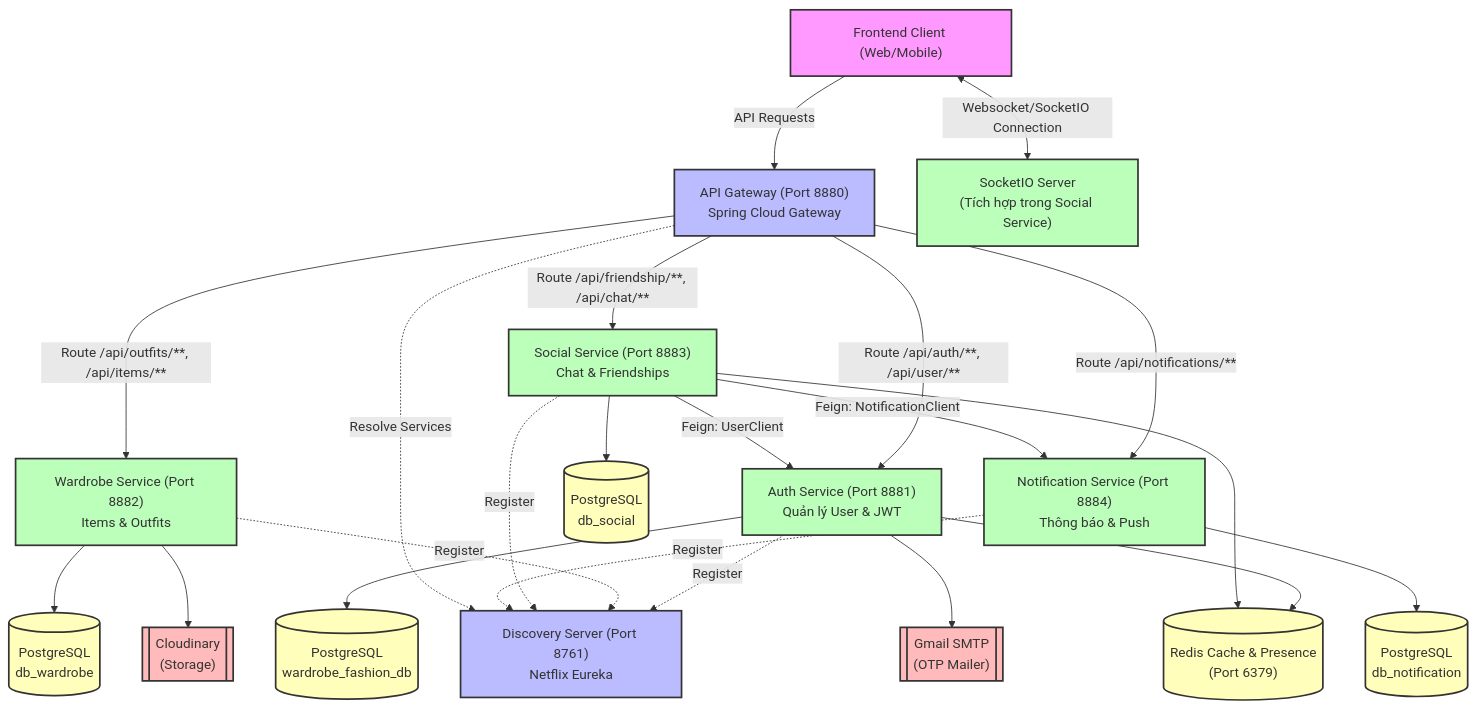
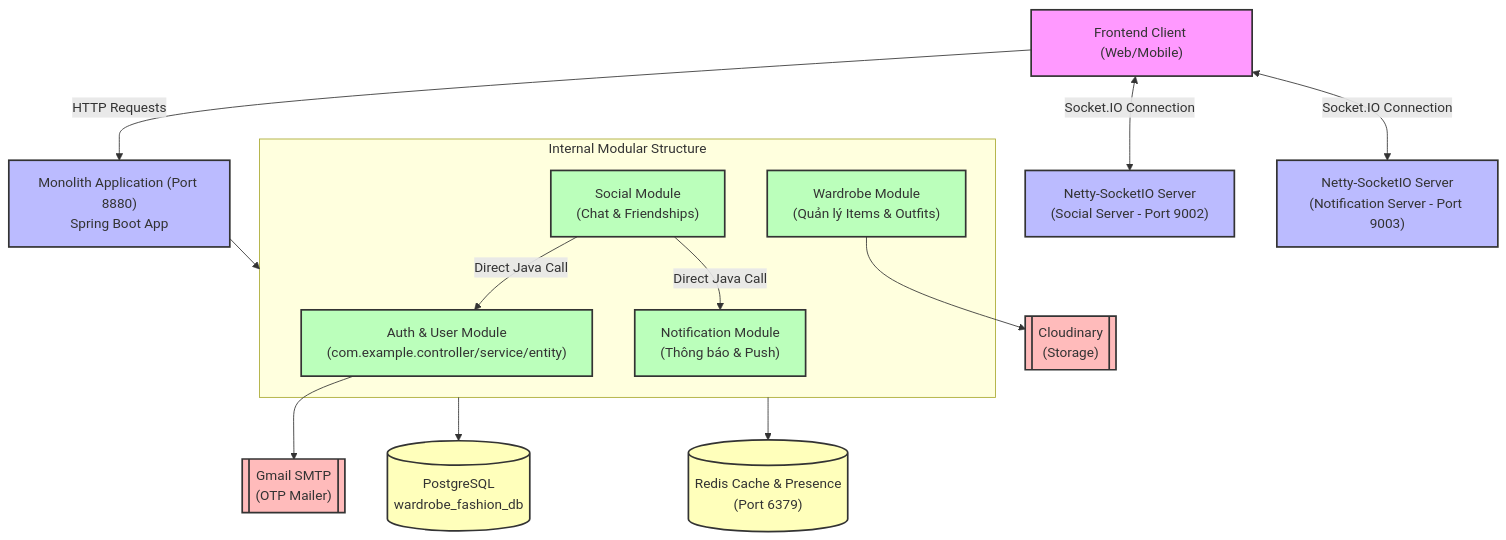
Before and after one commit to nghiaMeo/fashion-outfit-suggestions-application: the first of 5 diagrams in wardrobe-services/he_thong_va_luong_du_lieu.md, drawn with Mermaid. The commit also changed other lines of this file, not shown here.

````diff
--- a/wardrobe-services/he_thong_va_luong_du_lieu.md
+++ b/wardrobe-services/he_thong_va_luong_du_lieu.md
@@ -13,57 +13,45 @@
 ```mermaid
 graph TD
     classDef client fill:#f9f,stroke:#333,stroke-width:2px;
-    classDef gateway fill:#bbf,stroke:#333,stroke-width:2px;
-    classDef service fill:#bfb,stroke:#333,stroke-width:2px;
+    classDef monolith fill:#bbf,stroke:#333,stroke-width:2px;
+    classDef module fill:#bfb,stroke:#333,stroke-width:2px;
     classDef database fill:#ffb,stroke:#333,stroke-width:2px;
     classDef external fill:#fbb,stroke:#333,stroke-width:2px;
 
     Client["Frontend Client (Web/Mobile)"]:::client
-    Gateway["API Gateway (Port 8880)\nSpring Cloud Gateway"]:::gateway
-    Eureka["Discovery Server (Port 8761)\nNetflix Eureka"]:::gateway
+    MonolithApp["Monolith Application (Port 8880)\nSpring Boot App"]:::monolith
 
-    AuthSvc["Auth Service (Port 8881)\nQuản lý User & JWT"]:::service
-    WardrobeSvc["Wardrobe Service (Port 8882)\nItems & Outfits"]:::service
-    SocialSvc["Social Service (Port 8883)\nChat & Friendships"]:::service
-    NotificationSvc["Notification Service (Port 8884)\nThông báo & Push"]:::service
+    %% Internal Modules
+    subgraph Modules [Internal Modular Structure]
+        AuthMod["Auth & User Module\n(com.example.controller/service/entity)"]:::module
+        WardrobeMod["Wardrobe Module\n(Quản lý Items & Outfits)"]:::module
+        SocialMod["Social Module\n(Chat & Friendships)"]:::module
+        NotificationMod["Notification Module\n(Thông báo & Push)"]:::module
+    end
 
-    DB_Auth[("PostgreSQL\nwardrobe_fashion_db")]:::database
-    DB_Wardrobe[("PostgreSQL\ndb_wardrobe")]:::database
-    DB_Social[("PostgreSQL\ndb_social")]:::database
-    DB_Notif[("PostgreSQL\ndb_notification")]:::database
-
+    %% Databases & External Services
+    DB_Monolith[("PostgreSQL\nwardrobe_fashion_db")]:::database
     Redis[("Redis Cache & Presence\n(Port 6379)")]:::database
-    SocketIO["SocketIO Server\n(Tích hợp trong Social Service)"]:::service
+    
+    SocketIO_Social["Netty-SocketIO Server\n(Social Server - Port 9002)"]:::monolith
+    SocketIO_Notif["Netty-SocketIO Server\n(Notification Server - Port 9003)"]:::monolith
 
     Cloudinary[["Cloudinary\n(Storage)"]]:::external
     Gmail[["Gmail SMTP\n(OTP Mailer)"]]:::external
 
     %% Routing
-    Client -->|API Requests| Gateway
-    Client <-->|Websocket/SocketIO Connection| SocketIO
-    Gateway -->|Route /api/auth/**, /api/user/**| AuthSvc
-    Gateway -->|Route /api/outfits/**, /api/items/**| WardrobeSvc
-    Gateway -->|Route /api/friendship/**, /api/chat/**| SocialSvc
-    Gateway -->|Route /api/notifications/**| NotificationSvc
+    Client -->|HTTP Requests| MonolithApp
+    Client <-->|Socket.IO Connection| SocketIO_Social
+    Client <-->|Socket.IO Connection| SocketIO_Notif
 
-    %% Service Registry
-    AuthSvc -.->|Register| Eureka
-    WardrobeSvc -.->|Register| Eureka
-    SocialSvc -.->|Register| Eureka
-    NotificationSvc -.->|Register| Eureka
-    Gateway -.->|Resolve Services| Eureka
+    %% Internal Calls (Direct Method Injections instead of Feign Client)
+    SocialMod -->|Direct Java Call| AuthMod
+    SocialMod -->|Direct Java Call| NotificationMod
 
-    %% Inter-service calls via Feign
-    SocialSvc -->|Feign: UserClient| AuthSvc
-    SocialSvc -->|Feign: NotificationClient| NotificationSvc
-
-    %% Databases & External Services
-    AuthSvc --> DB_Auth
-    AuthSvc --> Redis
-    AuthSvc --> Gmail
-    WardrobeSvc --> DB_Wardrobe
-    WardrobeSvc --> Cloudinary
-    SocialSvc --> DB_Social
-    SocialSvc --> Redis
-    NotificationSvc --> DB_Notif
+    %% Connections
+    MonolithApp --> Modules
+    Modules --> DB_Monolith
+    Modules --> Redis
+    AuthMod --> Gmail
+    WardrobeMod --> Cloudinary
 ```
````
